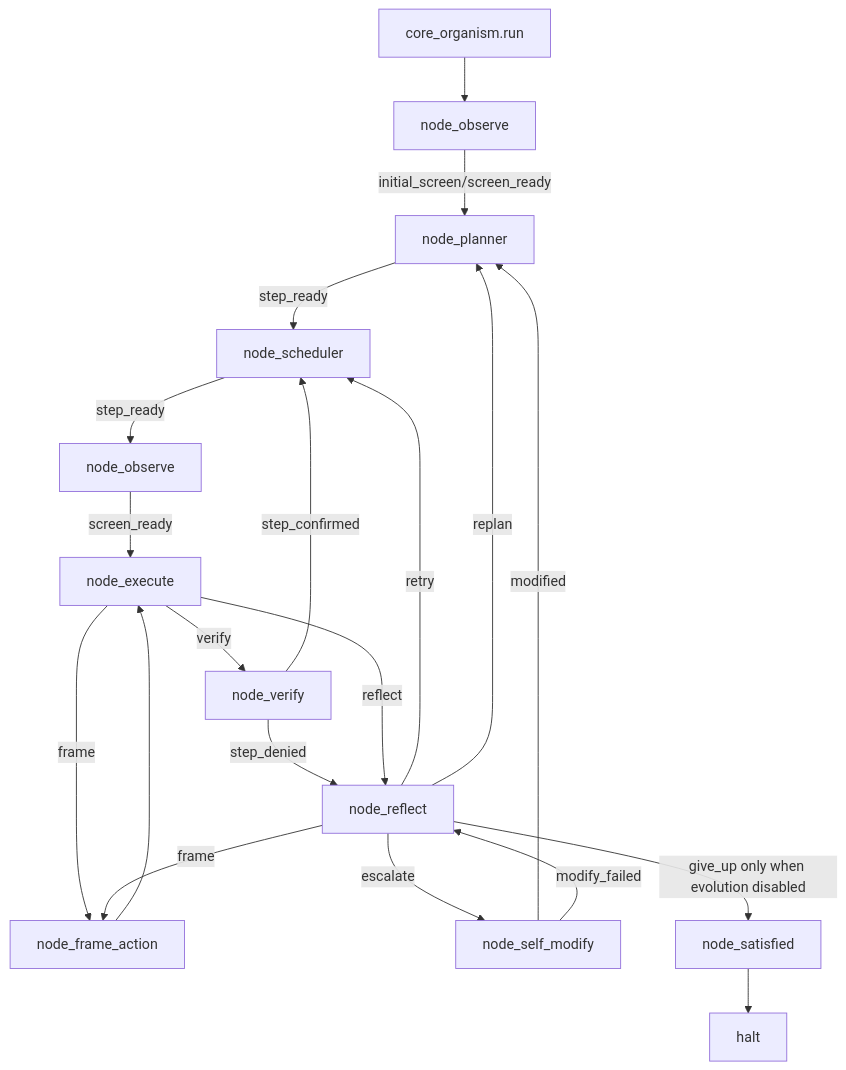
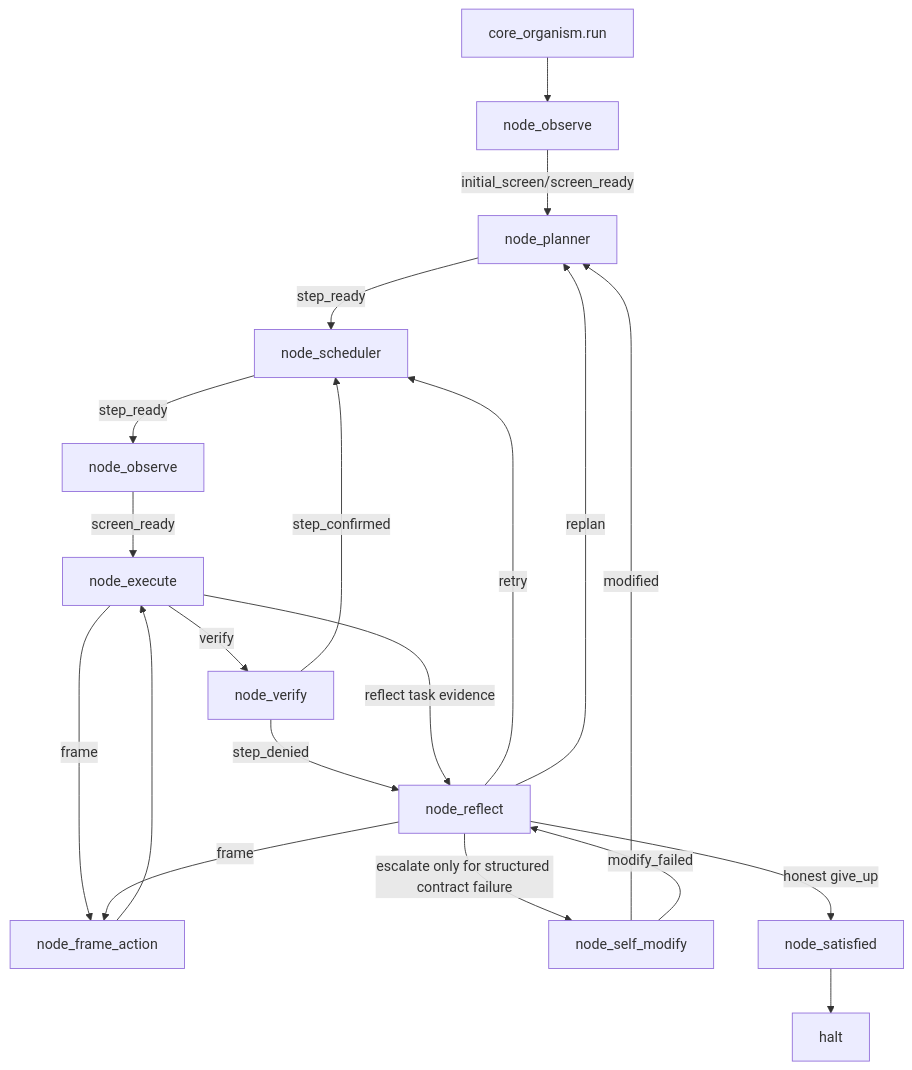
The second of 6 diagrams in README.md (wgabrys88/endgame-ai), drawn with Mermaid before and after one commit. The commit also changed other lines of this file and 11 other files, not shown here.

Commit message:
Apply V6 Bible Doctrine patch: enforce actor doctrine, structured failure routing, and self-modify surgery gate

````diff
--- a/README.md
+++ b/README.md
@@ -99,22 +108,22 @@
 ```mermaid
 flowchart TD
     Start["core_organism.run"] --> Observe["node_observe"]
     Observe -->|initial_screen/screen_ready| Planner["node_planner"]
     Planner -->|step_ready| Scheduler["node_scheduler"]
     Scheduler -->|step_ready| Observe2["node_observe"]
     Observe2 -->|screen_ready| Execute["node_execute"]
     Execute -->|verify| Verify["node_verify"]
     Verify -->|step_confirmed| Scheduler
     Verify -->|step_denied| Reflect["node_reflect"]
-    Execute -->|reflect| Reflect
+    Execute -->|reflect task evidence| Reflect
     Execute -->|frame| Frame["node_frame_action"]
     Frame --> Execute
     Reflect -->|retry| Scheduler
     Reflect -->|replan| Planner
     Reflect -->|frame| Frame
-    Reflect -->|escalate| SelfModify["node_self_modify"]
+    Reflect -->|escalate only for structured contract failure| SelfModify["node_self_modify"]
     SelfModify -->|modified| Planner
     SelfModify -->|modify_failed| Reflect
-    Reflect -->|give_up only when evolution disabled| Satisfied["node_satisfied"]
+    Reflect -->|honest give_up| Satisfied["node_satisfied"]
     Satisfied --> Halt["halt"]
 ```
````
